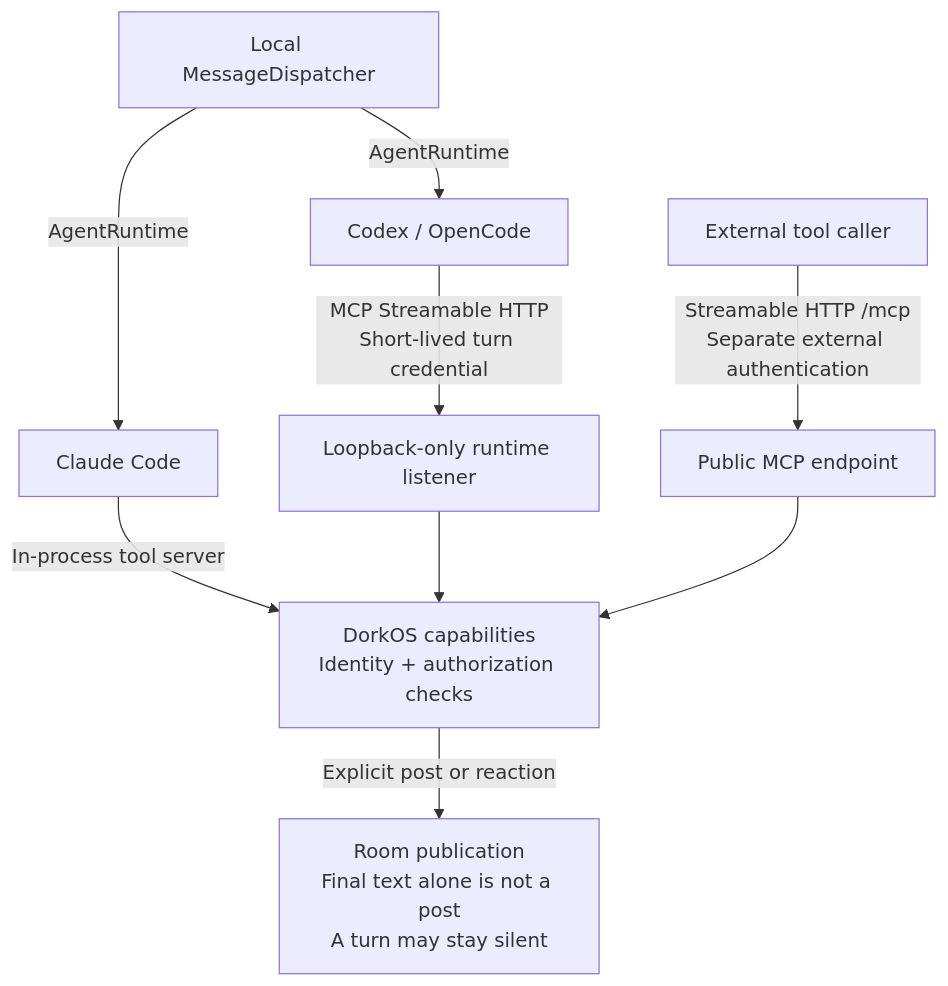
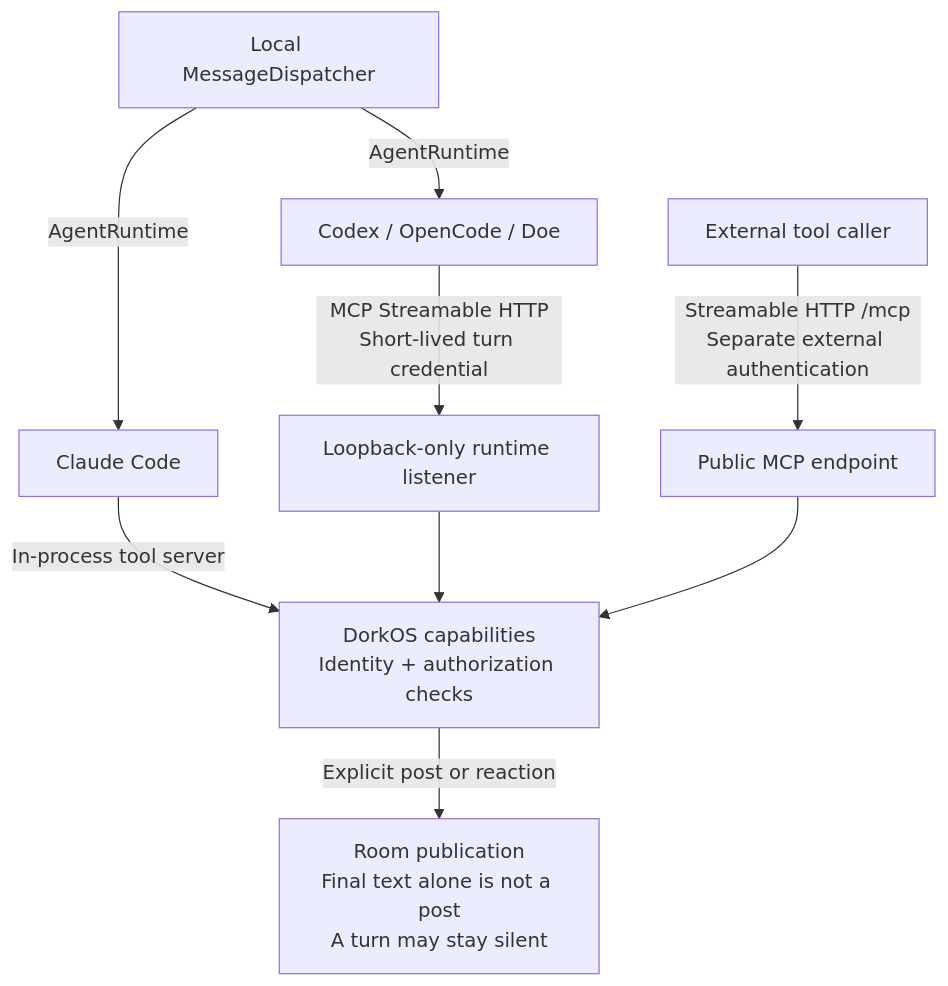
The diagram in contributing/diagrams/architecture/runtime-tools.mmd (dork-labs/dorkos), drawn with Mermaid before and after one commit. The commit also changed 16 other files, not shown here.

First line of the commit message:
docs(architecture): reconcile the vision reset and workspace direction

```diff
--- a/contributing/diagrams/architecture/runtime-tools.mmd
+++ b/contributing/diagrams/architecture/runtime-tools.mmd
@@ -1,11 +1,11 @@
 flowchart TB
   accTitle: Runtime execution and tool access
-  accDescr: The local server starts runtimes separately from providing tools. Claude Code calls tools in process; agent-bound Codex and OpenCode turns use a loopback MCP listener with turn-bound credentials. Room speech requires a tool action. External MCP has separate authentication.
+  accDescr: The local server starts runtimes separately from providing tools. Claude Code calls DorkOS tools in process; agent-bound Codex, OpenCode and Doe turns use a loopback MCP listener with turn-bound credentials. Doe also assembles local engine tools. Room speech requires a tool action. External MCP has separate authentication.
   dispatch["Local MessageDispatcher"] -->|"AgentRuntime"| claude["Claude Code"]
-  dispatch -->|"AgentRuntime"| other["Codex / OpenCode"]
+  dispatch -->|"AgentRuntime"| other["Codex / OpenCode / Doe"]
   claude -->|"In-process tool server"| tools["DorkOS capabilities<br/>Identity + authorization checks"]
   other -->|"MCP Streamable HTTP<br/>Short-lived turn credential"| loopback["Loopback-only runtime listener"]
   loopback --> tools
   external["External tool caller"] -->|"Streamable HTTP /mcp<br/>Separate external authentication"| public["Public MCP endpoint"]
   public --> tools
   tools -->|"Explicit post or reaction"| room["Room publication<br/>Final text alone is not a post<br/>A turn may stay silent"]
```
